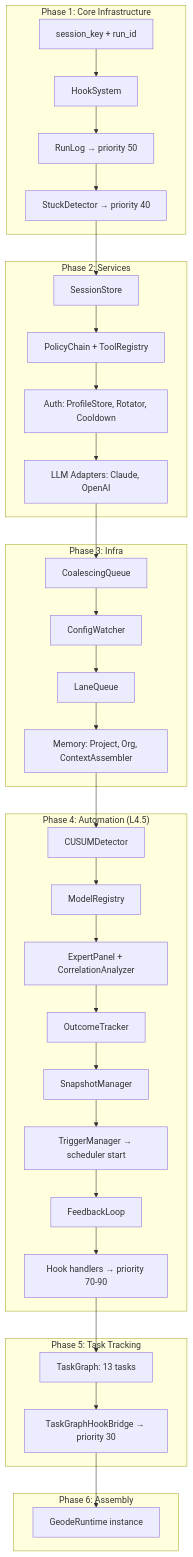
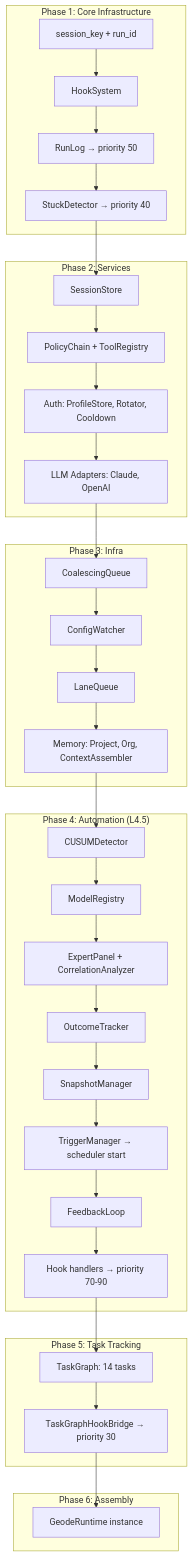
Before and after one commit to mangowhoiscloud/geode: diagram 12 of 12 in docs/architecture/orchestration-operation.md, drawn with Mermaid. The commit also changed other lines of this file and 4 other files, not shown here.

````diff
--- a/docs/architecture/orchestration-operation.md
+++ b/docs/architecture/orchestration-operation.md
@@ -482,49 +477,49 @@
 ```mermaid
 graph TD
     subgraph "Phase 1: Core Infrastructure"
         A1[session_key + run_id]
         A2[HookSystem]
         A3[RunLog → priority 50]
         A4[StuckDetector → priority 40]
     end
 
     subgraph "Phase 2: Services"
         B1[SessionStore]
         B2[PolicyChain + ToolRegistry]
         B3[Auth: ProfileStore, Rotator, Cooldown]
         B4[LLM Adapters: Claude, OpenAI]
     end
 
     subgraph "Phase 3: Infra"
         C1[CoalescingQueue]
         C2[ConfigWatcher]
         C3[LaneQueue]
         C4[Memory: Project, Org, ContextAssembler]
     end
 
     subgraph "Phase 4: Automation (L4.5)"
         D1[CUSUMDetector]
         D2[ModelRegistry]
         D3[ExpertPanel + CorrelationAnalyzer]
         D4[OutcomeTracker]
         D5[SnapshotManager]
         D6[TriggerManager → scheduler start]
         D7[FeedbackLoop]
         D8["Hook handlers → priority 70-90"]
     end
 
     subgraph "Phase 5: Task Tracking"
-        E1[TaskGraph: 13 tasks]
+        E1[TaskGraph: 14 tasks]
         E2[TaskGraphHookBridge → priority 30]
     end
 
     subgraph "Phase 6: Assembly"
         F1[GeodeRuntime instance]
     end
 
     A1 --> A2 --> A3 --> A4
     A4 --> B1 --> B2 --> B3 --> B4
     B4 --> C1 --> C2 --> C3 --> C4
     C4 --> D1 --> D2 --> D3 --> D4 --> D5 --> D6 --> D7 --> D8
     D8 --> E1 --> E2 --> F1
 ```
````
